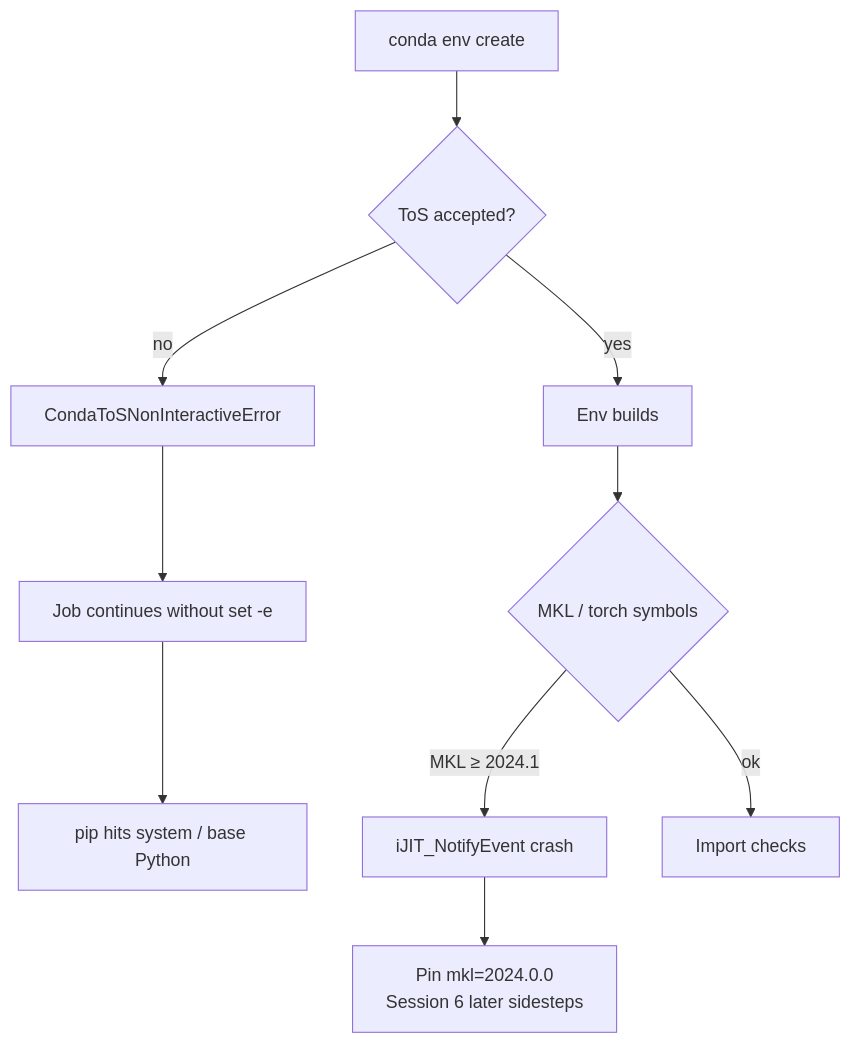
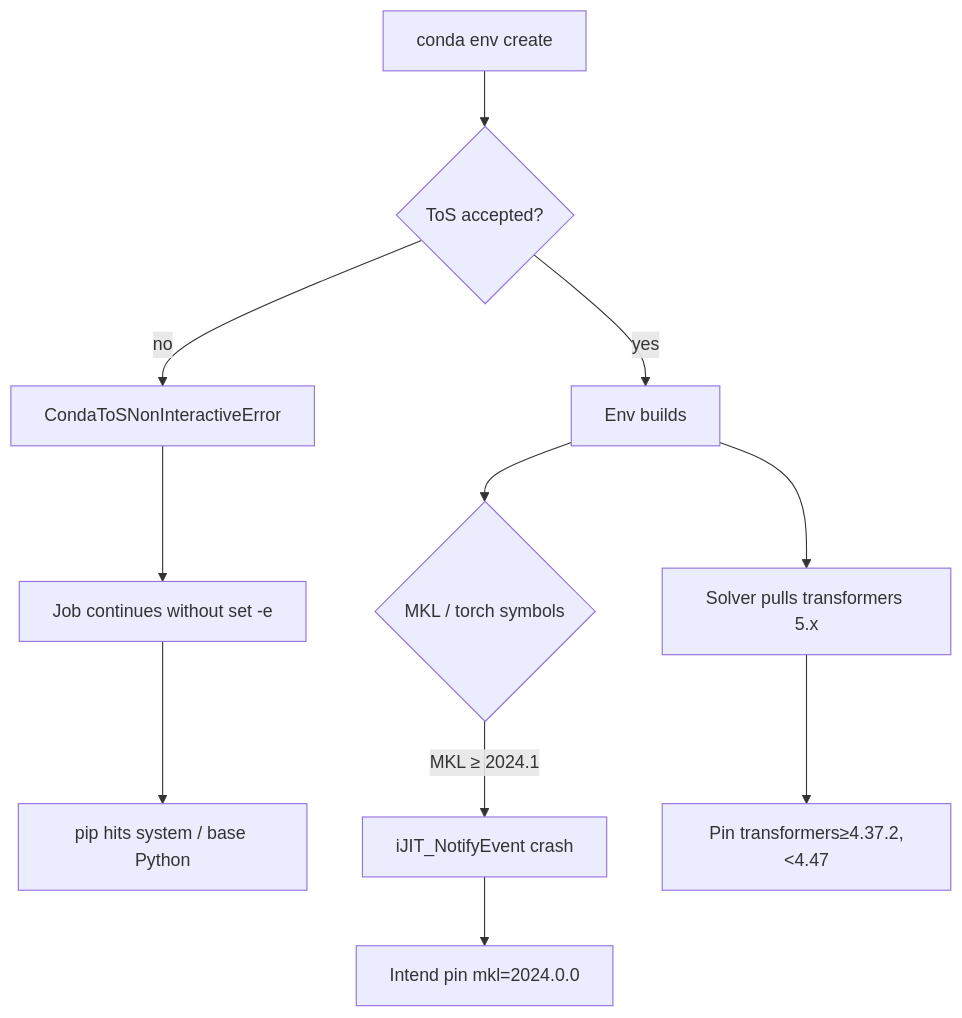
One commit to wendymaboa/Safe-RL-MinMax changed the third of 3 diagrams in docs/book/phase2/01-reset-and-cluster.md. Above: the diagram before and after it, drawn with Mermaid. The commit also changed other lines of this file and 22 other files, not shown here.

````diff
--- a/docs/book/phase2/01-reset-and-cluster.md
+++ b/docs/book/phase2/01-reset-and-cluster.md
@@ -74,12 +81,13 @@
 ```mermaid
 flowchart TD
   A[conda env create] --> B{ToS accepted?}
   B -->|no| C[CondaToSNonInteractiveError]
   C --> D[Job continues without set -e]
   D --> E[pip hits system / base Python]
   B -->|yes| F[Env builds]
   F --> G{MKL / torch symbols}
   G -->|MKL ≥ 2024.1| H[iJIT_NotifyEvent crash]
-  H --> I[Pin mkl=2024.0.0<br/>Session 6 later sidesteps]
-  G -->|ok| J[Import checks]
+  H --> I[Intend pin mkl=2024.0.0]
+  F --> T[Solver pulls transformers 5.x]
+  T --> PinT[Pin transformers≥4.37.2,&lt;4.47]
 ```
````
